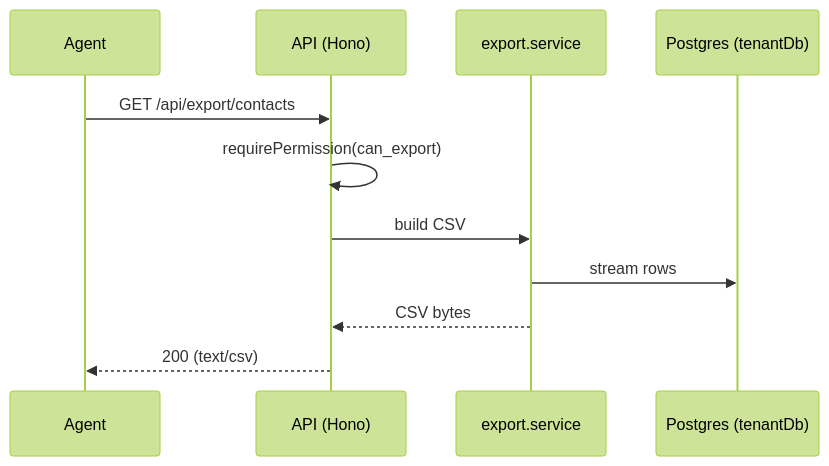
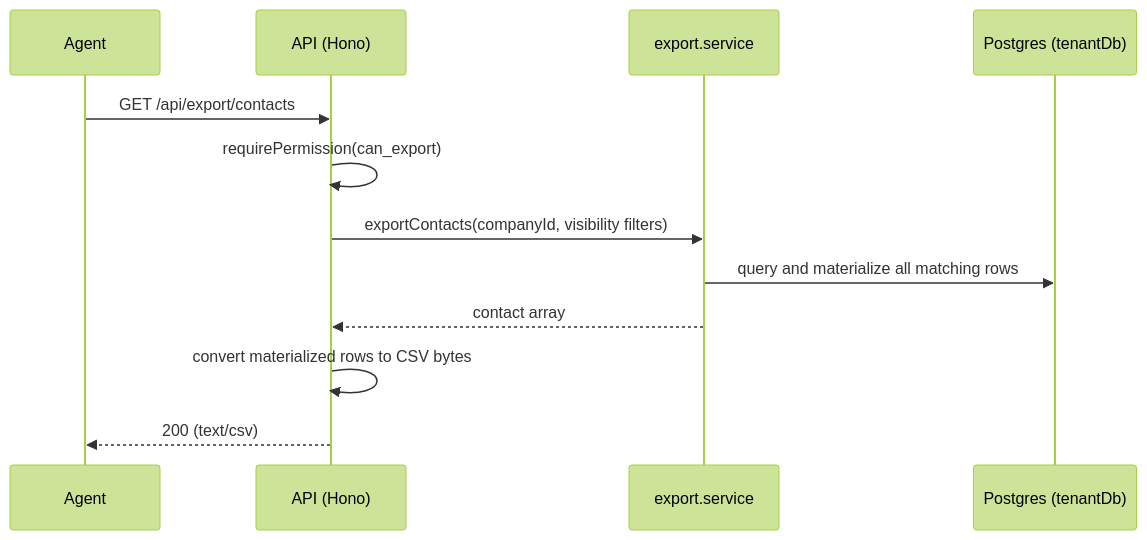
Before and after one commit to ygncode/wateaminbox: the diagram in docs/apis/export.md, drawn with Mermaid (forest theme). The commit also changed other lines of this file and 27 other files, not shown here.

````diff
--- a/docs/apis/export.md
+++ b/docs/apis/export.md
@@ -23,13 +23,14 @@
 ```mermaid
 sequenceDiagram
     participant U as Agent
     participant A as API (Hono)
     participant S as export.service
     participant D as Postgres (tenantDb)
     U->>A: GET /api/export/contacts
     A->>A: requirePermission(can_export)
-    A->>S: build CSV
-    S->>D: stream rows
-    S-->>A: CSV bytes
+    A->>S: exportContacts(companyId, visibility filters)
+    S->>D: query and materialize all matching rows
+    S-->>A: contact array
+    A->>A: convert materialized rows to CSV bytes
     A-->>U: 200 (text/csv)
 ```
````
